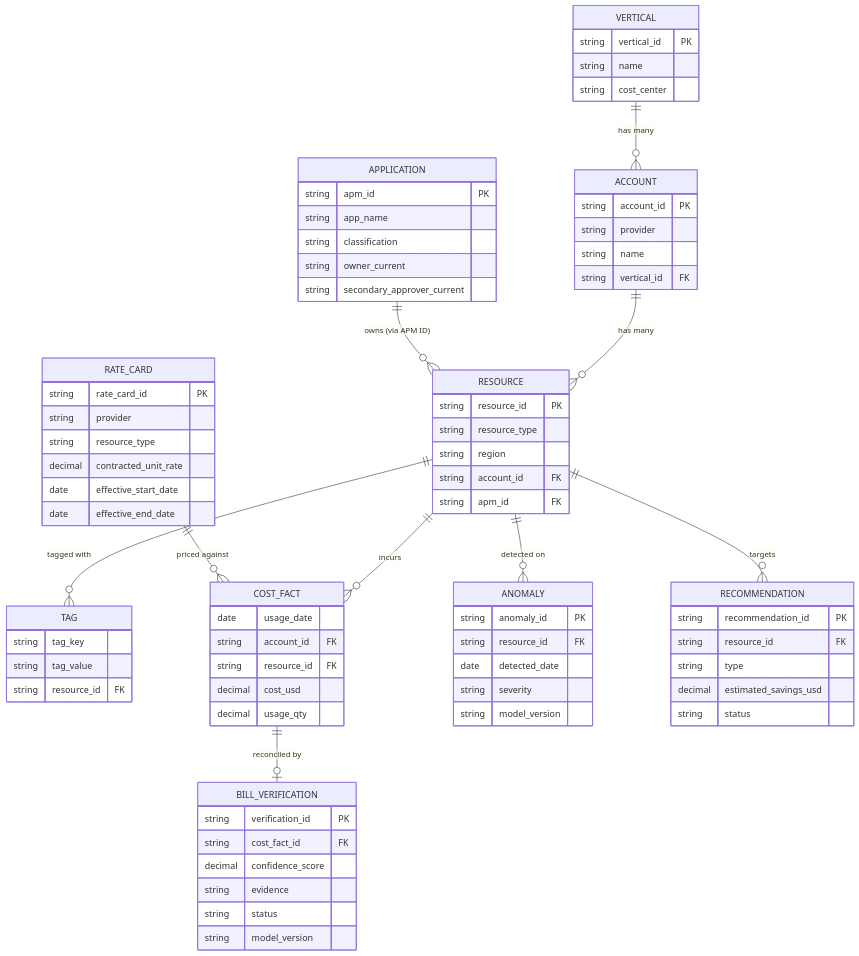
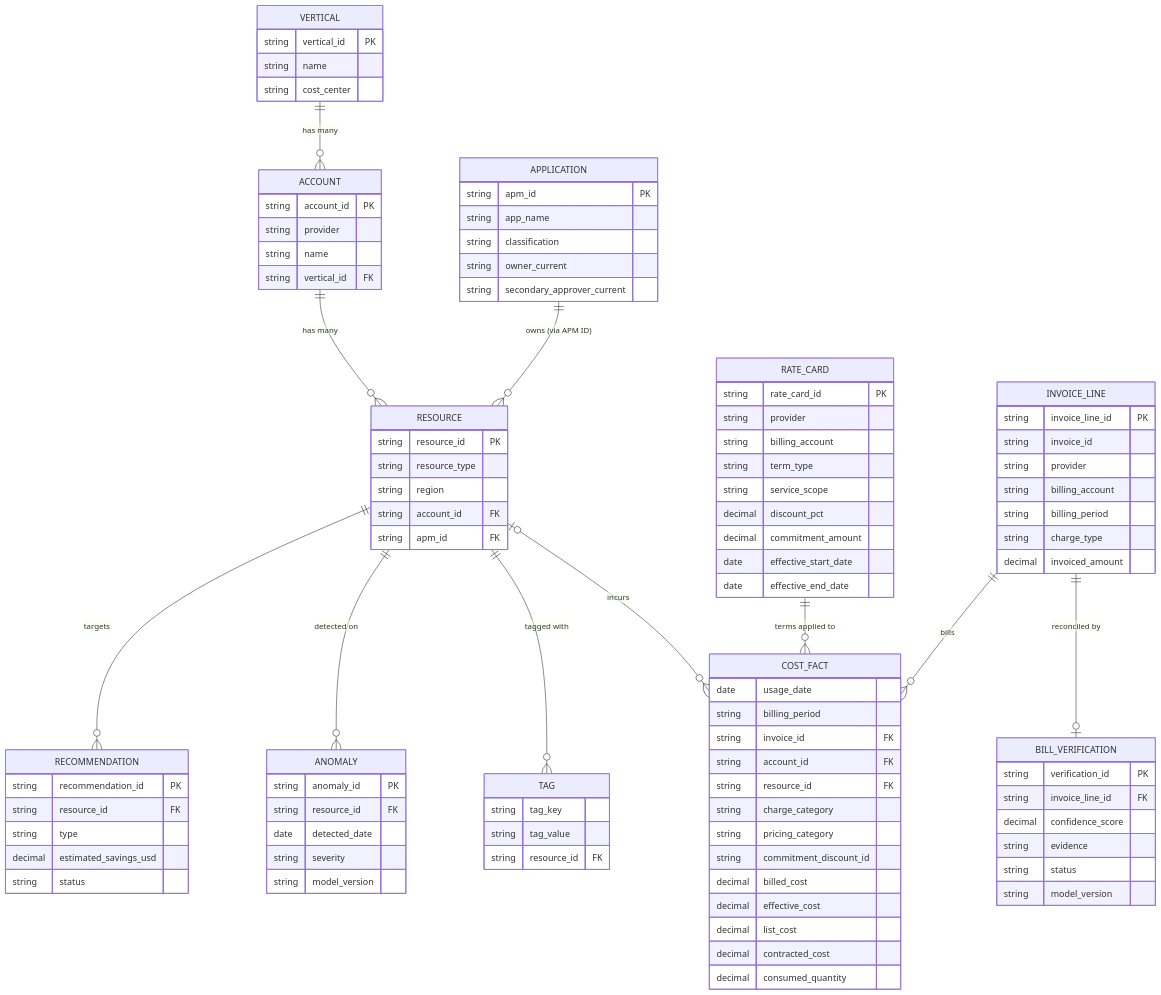
Before and after one commit to mbnest/finops-intelligence-platform: the second of 2 diagrams in docs/Solution_Architecture_Data_Foundations.md, drawn with Mermaid. The commit also changed other lines of this file and 15 other files, not shown here.

First line of the commit message:
Revise architecture docs from review: billing data, ML framing, operating model, rollout, testing, and references

```diff
--- a/docs/Solution_Architecture_Data_Foundations.md
+++ b/docs/Solution_Architecture_Data_Foundations.md
@@ -118,11 +131,12 @@
     ACCOUNT ||--o{ RESOURCE : "has many"
     APPLICATION ||--o{ RESOURCE : "owns (via APM ID)"
     RESOURCE ||--o{ TAG : "tagged with"
-    RESOURCE ||--o{ COST_FACT : "incurs"
+    RESOURCE |o--o{ COST_FACT : "incurs"
     RESOURCE ||--o{ ANOMALY : "detected on"
     RESOURCE ||--o{ RECOMMENDATION : "targets"
-    RATE_CARD ||--o{ COST_FACT : "priced against"
-    COST_FACT ||--o| BILL_VERIFICATION : "reconciled by"
+    RATE_CARD ||--o{ COST_FACT : "terms applied to"
+    INVOICE_LINE ||--o{ COST_FACT : "bills"
+    INVOICE_LINE ||--o| BILL_VERIFICATION : "reconciled by"
 
     VERTICAL {
         string vertical_id PK
@@ -156,10 +170,18 @@
     }
     COST_FACT {
         date usage_date
+        string billing_period
+        string invoice_id FK
         string account_id FK
         string resource_id FK
-        decimal cost_usd
-        decimal usage_qty
+        string charge_category
+        string pricing_category
+        string commitment_discount_id
+        decimal billed_cost
+        decimal effective_cost
+        decimal list_cost
+        decimal contracted_cost
+        decimal consumed_quantity
     }
     ANOMALY {
         string anomaly_id PK
@@ -178,14 +200,26 @@
     RATE_CARD {
         string rate_card_id PK
         string provider
-        string resource_type
-        decimal contracted_unit_rate
+        string billing_account
+        string term_type
+        string service_scope
+        decimal discount_pct
+        decimal commitment_amount
         date effective_start_date
         date effective_end_date
     }
+    INVOICE_LINE {
+        string invoice_line_id PK
+        string invoice_id
+        string provider
+        string billing_account
+        string billing_period
+        string charge_type
+        decimal invoiced_amount
+    }
     BILL_VERIFICATION {
         string verification_id PK
-        string cost_fact_id FK
+        string invoice_line_id FK
         decimal confidence_score
         string evidence
         string status
```
